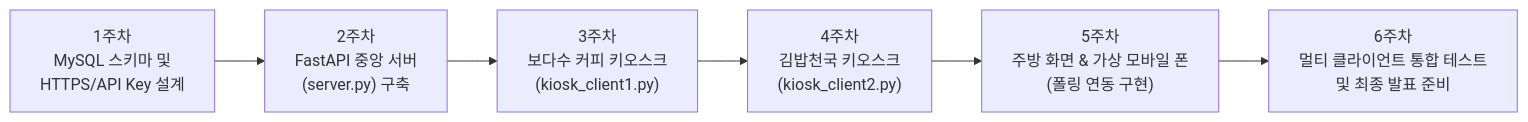
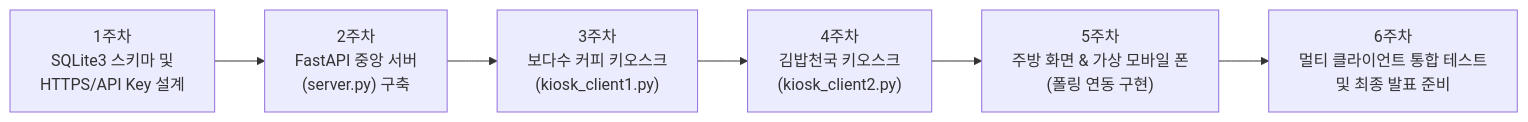
Before and after one commit to bodasoo/bds-kiosk: the second of 2 diagrams in PLAN.md, drawn with Mermaid. The commit also changed other lines of this file and 3 other files, not shown here.

````diff
--- a/PLAN.md
+++ b/PLAN.md
@@ -176,8 +176,8 @@
 ```mermaid
 flowchart LR
-    W1["1주차<br/>MySQL 스키마 및<br/>HTTPS/API Key 설계"] --> W2["2주차<br/>FastAPI 중앙 서버<br/>(server.py) 구축"]
+    W1["1주차<br/>SQLite3 스키마 및<br/>HTTPS/API Key 설계"] --> W2["2주차<br/>FastAPI 중앙 서버<br/>(server.py) 구축"]
     W2 --> W3["3주차<br/>보다수 커피 키오스크<br/>(kiosk_client1.py)"]
     W3 --> W4["4주차<br/>김밥천국 키오스크<br/>(kiosk_client2.py)"]
     W4 --> W5["5주차<br/>주방 화면 & 가상 모바일 폰<br/>(폴링 연동 구현)"]
     W5 --> W6["6주차<br/>멀티 클라이언트 통합 테스트<br/>및 최종 발표 준비"]
 ```
````
